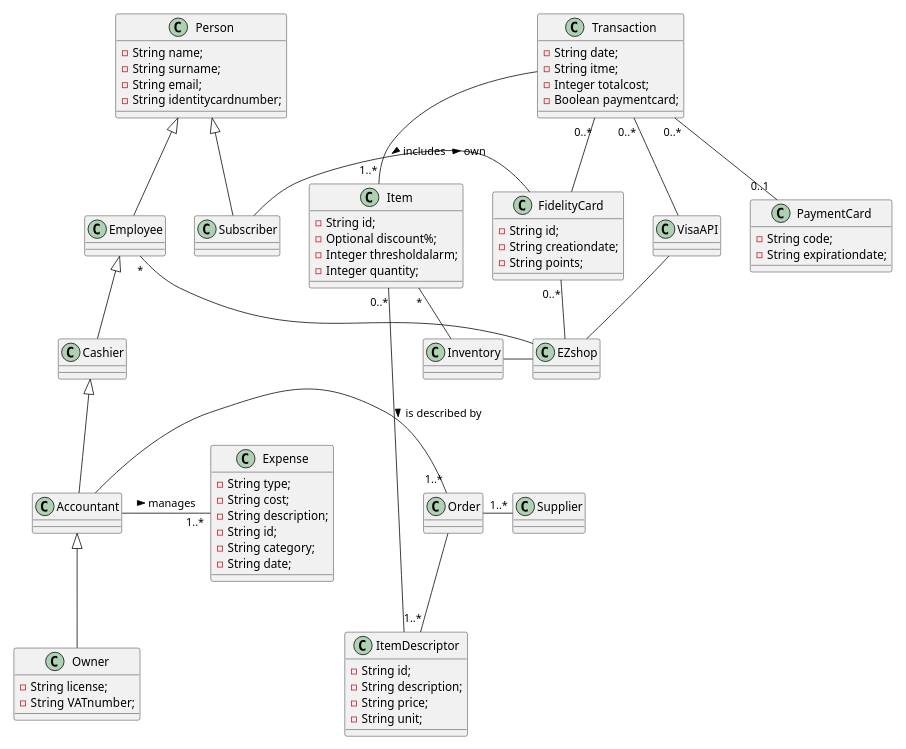
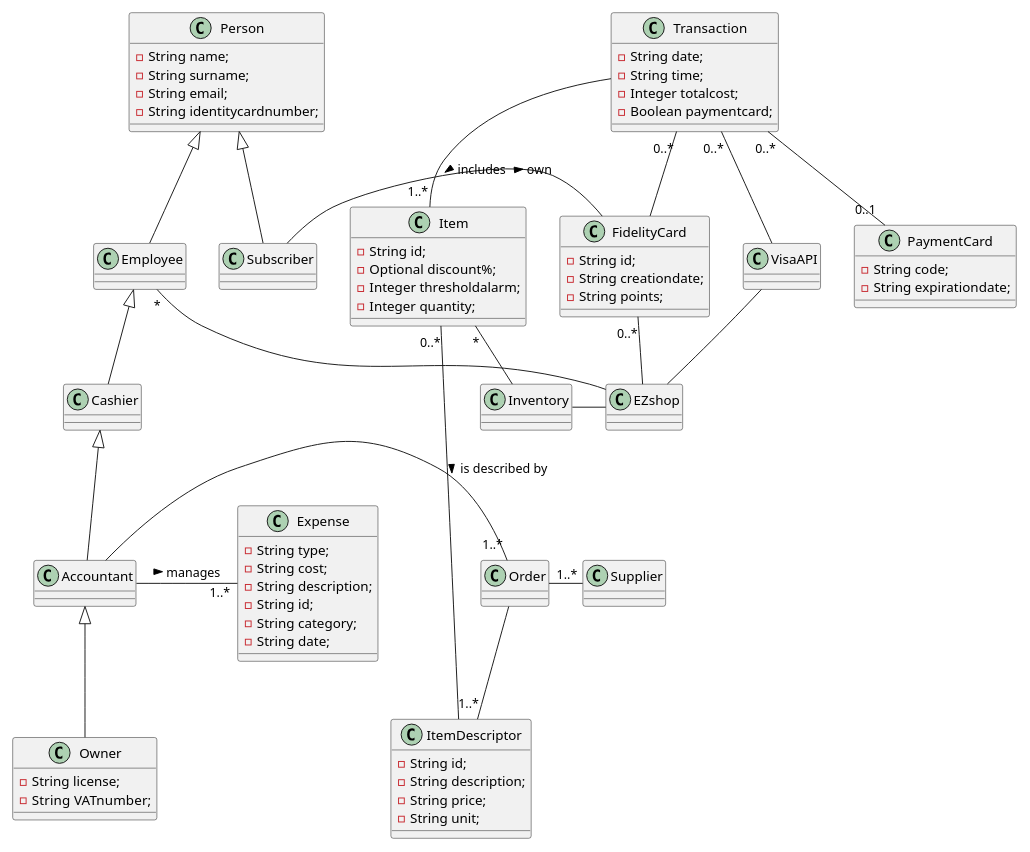
Before and after one commit to djemar/softeng_ezshop: the fifth of 6 diagrams in Deliverables/RequirementsDocument.md, drawn with PlantUML. The commit also changed other lines of this file, not shown here.

````diff
--- a/Deliverables/RequirementsDocument.md
+++ b/Deliverables/RequirementsDocument.md
@@ -392,5 +394,5 @@
 ```plantuml
-scale 700 width
+scale 800 width
 class Person{
 -String name;
 -String surname;
@@ -458,7 +460,7 @@
 }
 class Transaction{
 -String date;
--String itme;
+-String time;
 -Integer totalcost;
 -Boolean paymentcard;
 }
````
